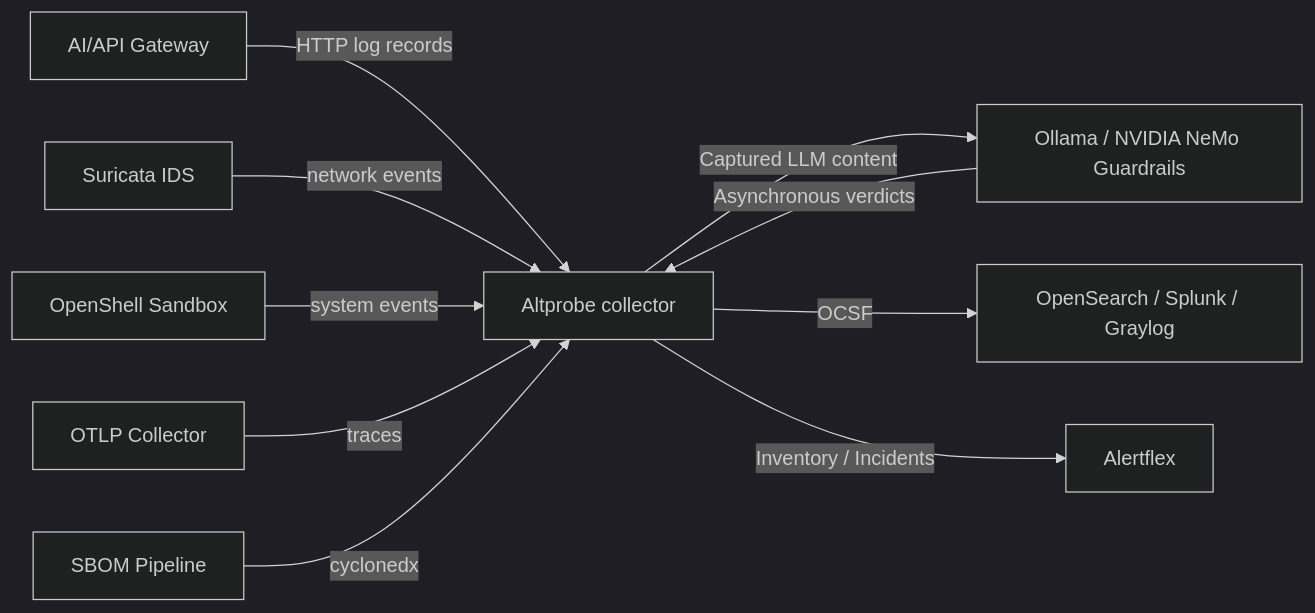
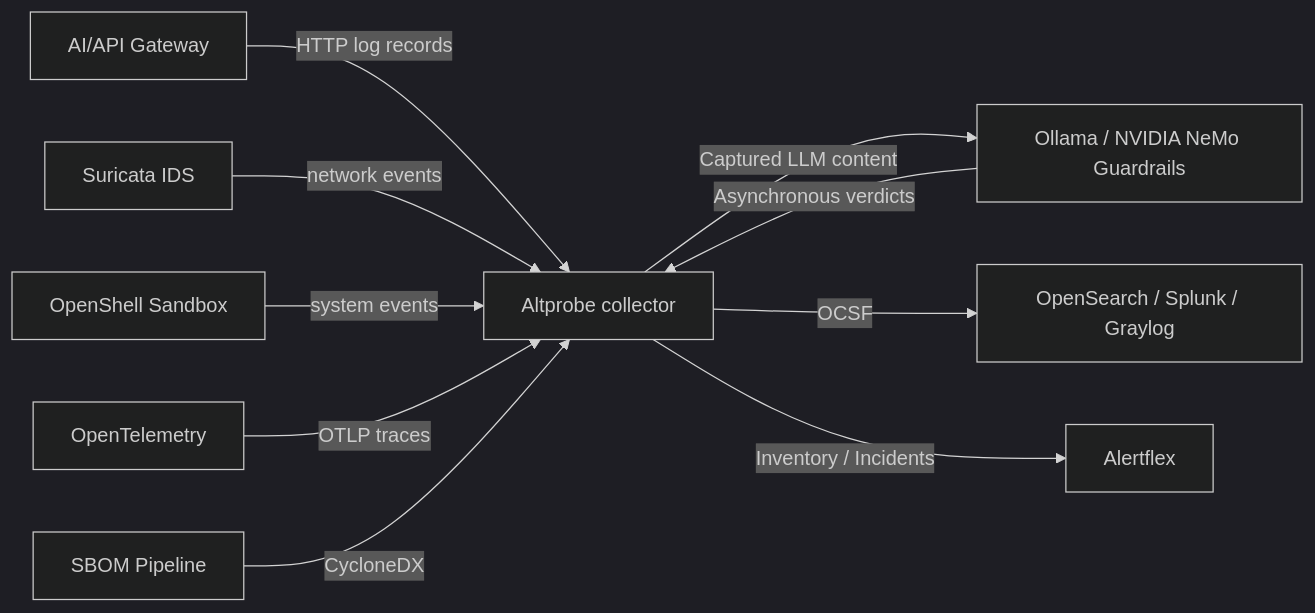
Before and after one commit to olegzhr/altprobe: the diagram in README.md, drawn with Mermaid (dark theme).

Commit message:
Update OTLP and SBOM labels in flowchart

````diff
--- a/README.md
+++ b/README.md
@@ -49,12 +49,12 @@
 ```mermaid
 flowchart LR
     G[AI/API Gateway] -->|HTTP log records| A[Altprobe collector]
     N[Suricata IDS] -->|network events| A[Altprobe collector]
     H[OpenShell Sandbox] -->|system events| A[Altprobe collector]
-    OTLP[OTLP Collector] -->|traces| A[Altprobe collector]
-    SBOM[SBOM Pipeline] -->|cyclonedx| A[Altprobe collector]
+    OTLP[OpenTelemetry] -->|OTLP traces| A[Altprobe collector]
+    SBOM[SBOM Pipeline] -->|CycloneDX| A[Altprobe collector]
     A -->|Captured LLM content| L[Ollama / NVIDIA NeMo Guardrails]
     L -->|Asynchronous verdicts| A
     A -->|OCSF| O[OpenSearch / Splunk / Graylog]
     A -->|Inventory / Incidents| C[Alertflex]
 ```
````
